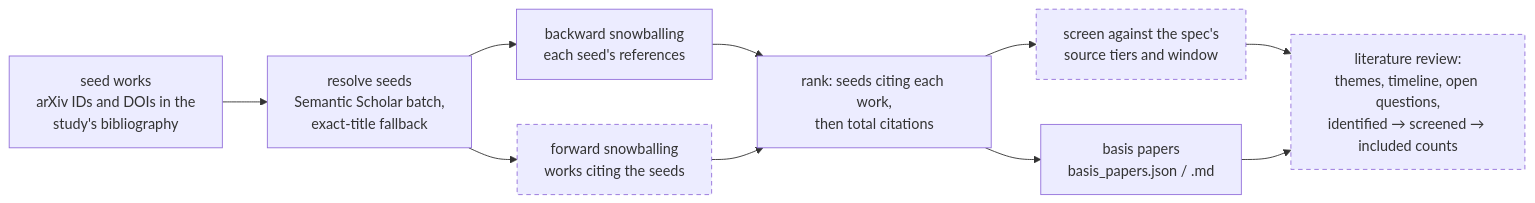
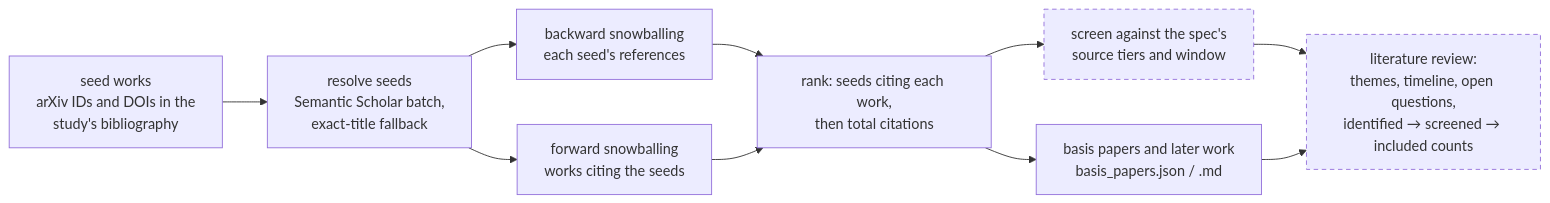
One commit to rjanseko/research-loop changed diagram 11 of 11 in README.md. Above: the diagram before and after it, drawn with Mermaid. The commit also changed other lines of this file and 5 other files, not shown here.

First line of the commit message:
Add forward snowballing: later work citing a study's seeds

````diff
--- a/README.md
+++ b/README.md
@@ -531,14 +531,14 @@
 ```mermaid
 flowchart LR
     SEEDS["seed works<br/>arXiv IDs and DOIs in the<br/>study's bibliography"] --> RES["resolve seeds<br/>Semantic Scholar batch,<br/>exact-title fallback"]
     RES --> BACK["backward snowballing<br/>each seed's references"]
     RES --> FWD["forward snowballing<br/>works citing the seeds"]
     BACK --> RANK["rank: seeds citing each work,<br/>then total citations"]
     FWD --> RANK
-    RANK --> BASIS["basis papers<br/>basis_papers.json / .md"]
+    RANK --> BASIS["basis papers and later work<br/>basis_papers.json / .md"]
     RANK --> SCREEN["screen against the spec's<br/>source tiers and window"]
     SCREEN --> REVIEW["literature review:<br/>themes, timeline, open questions,<br/>identified → screened → included counts"]
     BASIS --> REVIEW
     classDef planned stroke-dasharray: 5 4
-    class FWD,SCREEN,REVIEW planned
+    class SCREEN,REVIEW planned
 ```
````
